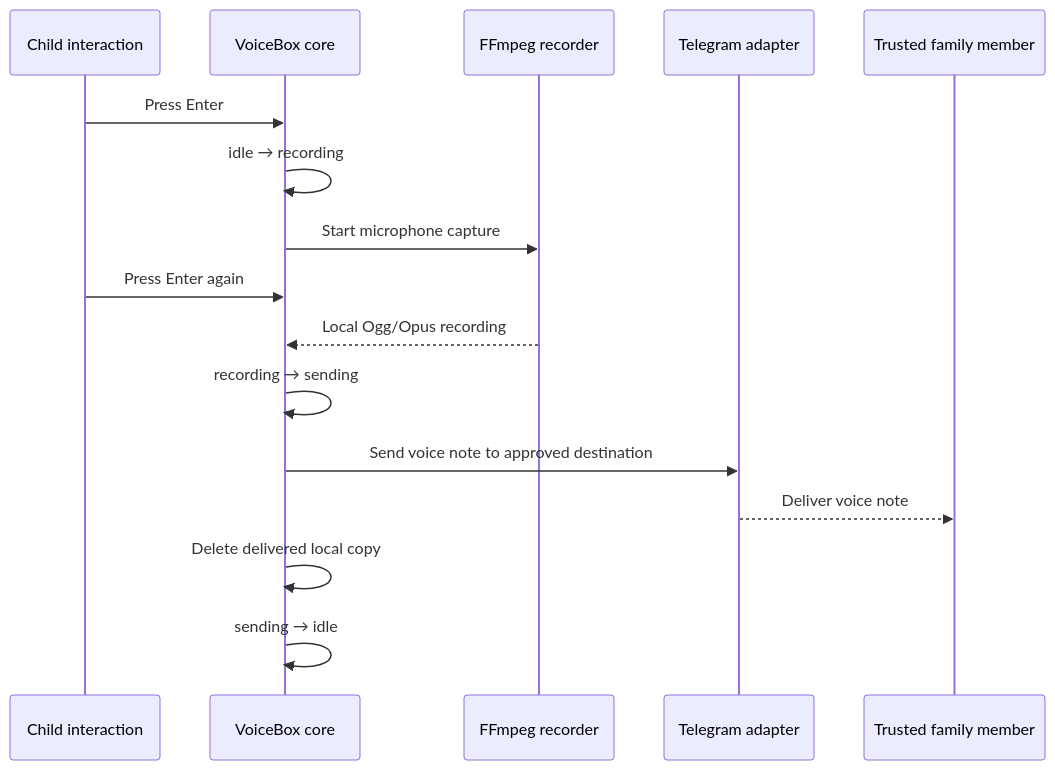
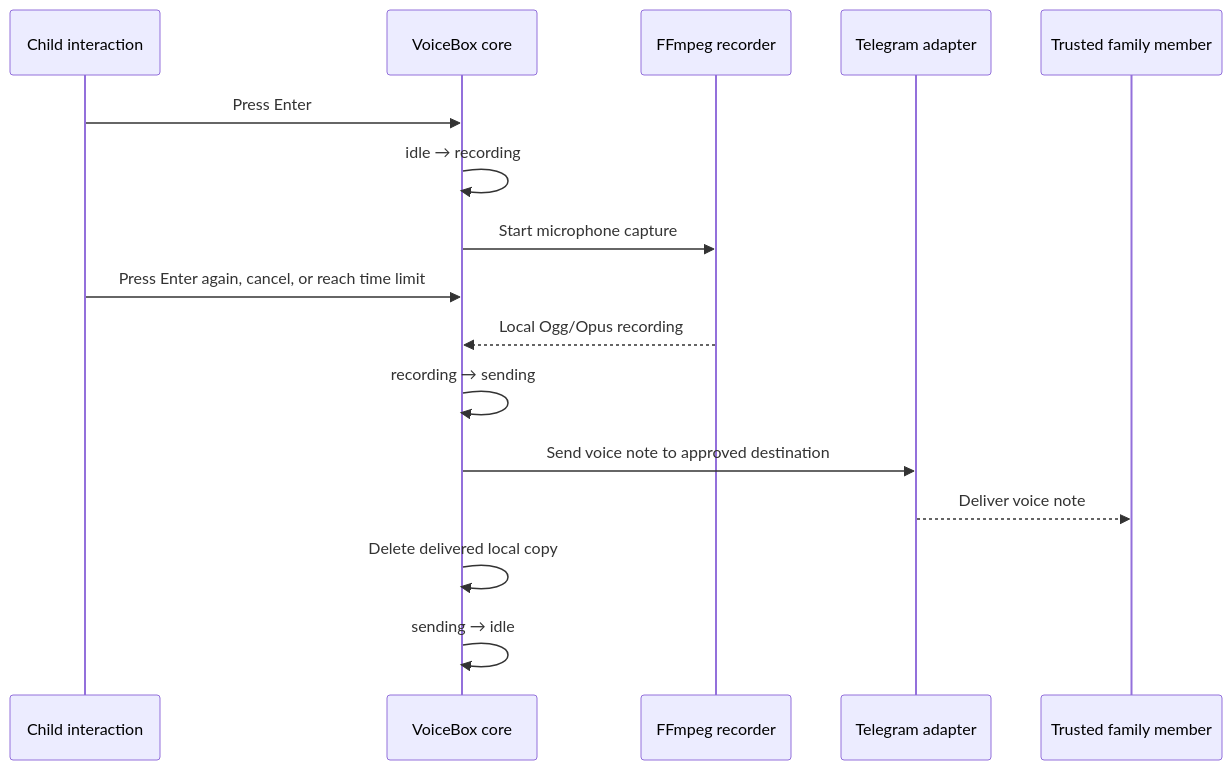
One commit to Daro05/voicebox-kids changed the third of 3 diagrams in docs/ARCHITECTURE.md. Above: the diagram before and after it, drawn with Mermaid. The commit also changed other lines of this file and 18 other files, not shown here.

Commit message:
feat: harden voice interaction flow

````diff
--- a/docs/ARCHITECTURE.md
+++ b/docs/ARCHITECTURE.md
@@ -67,19 +67,19 @@
 ```mermaid
 sequenceDiagram
     participant C as Child interaction
     participant V as VoiceBox core
     participant R as FFmpeg recorder
     participant T as Telegram adapter
     participant F as Trusted family member
 
     C->>V: Press Enter
     V->>V: idle → recording
     V->>R: Start microphone capture
-    C->>V: Press Enter again
+    C->>V: Press Enter again, cancel, or reach time limit
     R-->>V: Local Ogg/Opus recording
     V->>V: recording → sending
     V->>T: Send voice note to approved destination
     T-->>F: Deliver voice note
     V->>V: Delete delivered local copy
     V->>V: sending → idle
 ```
````
